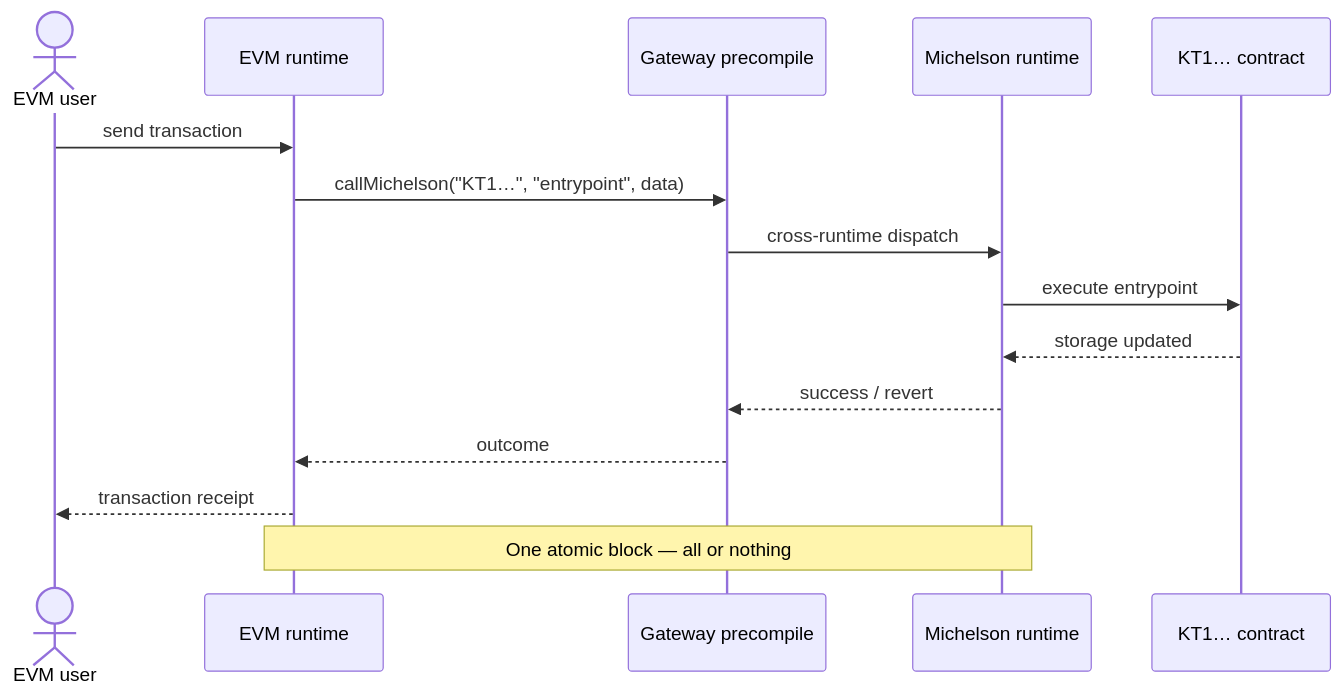
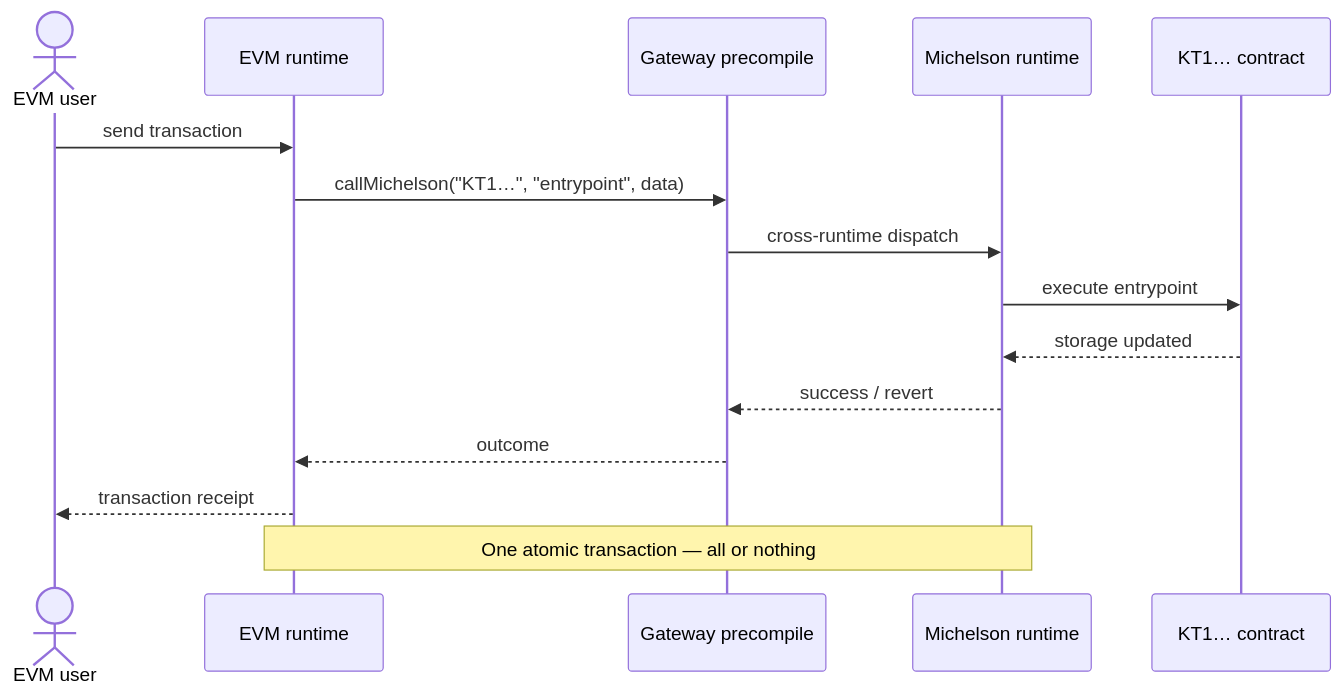
The second of 2 diagrams in docs/overview/architecture.md (etherlinkcom/docs), drawn with Mermaid before and after one commit. The commit also changed other lines of this file, not shown here.

First line of the commit message:
architecture: review fixes for the Bridging vs. NAC section

````diff
--- a/docs/overview/architecture.md
+++ b/docs/overview/architecture.md
@@ -61,19 +60,19 @@
 ```mermaid
 sequenceDiagram
     actor U as EVM user
     participant EVM as EVM runtime
     participant GW as Gateway precompile
     participant M as Michelson runtime
     participant KT as KT1… contract
 
     U->>EVM: send transaction
     EVM->>GW: callMichelson("KT1…", "entrypoint", data)
     GW->>M: cross-runtime dispatch
     M->>KT: execute entrypoint
     KT-->>M: storage updated
     M-->>GW: success / revert
     GW-->>EVM: outcome
     EVM-->>U: transaction receipt
 
-    Note over EVM,M: One atomic block — all or nothing
+    Note over EVM,M: One atomic transaction — all or nothing
 ```
````
